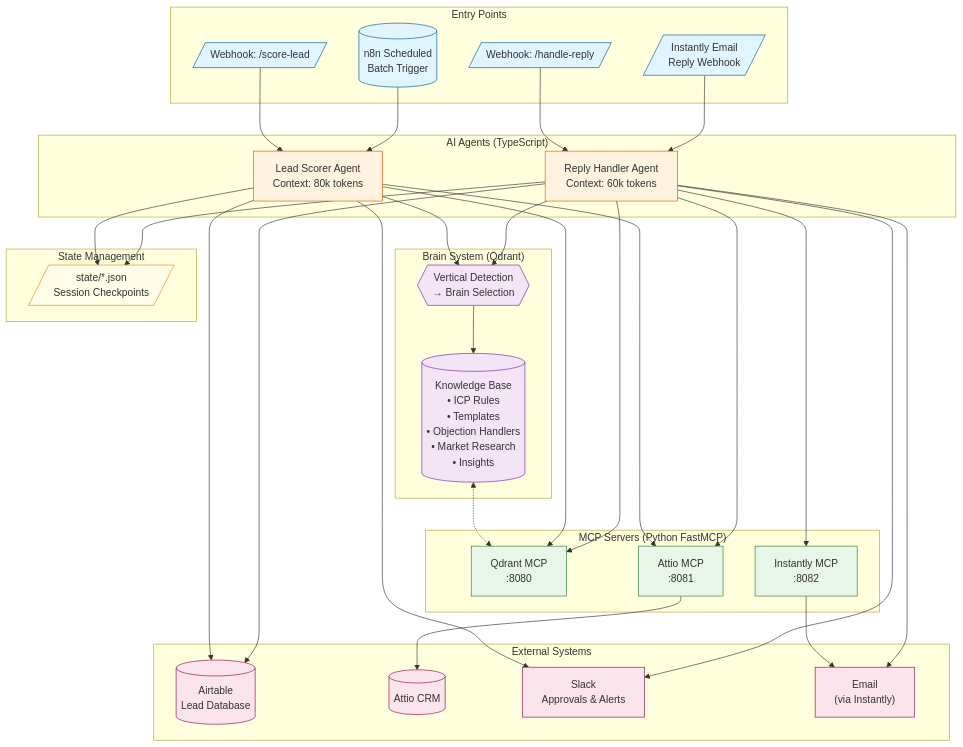
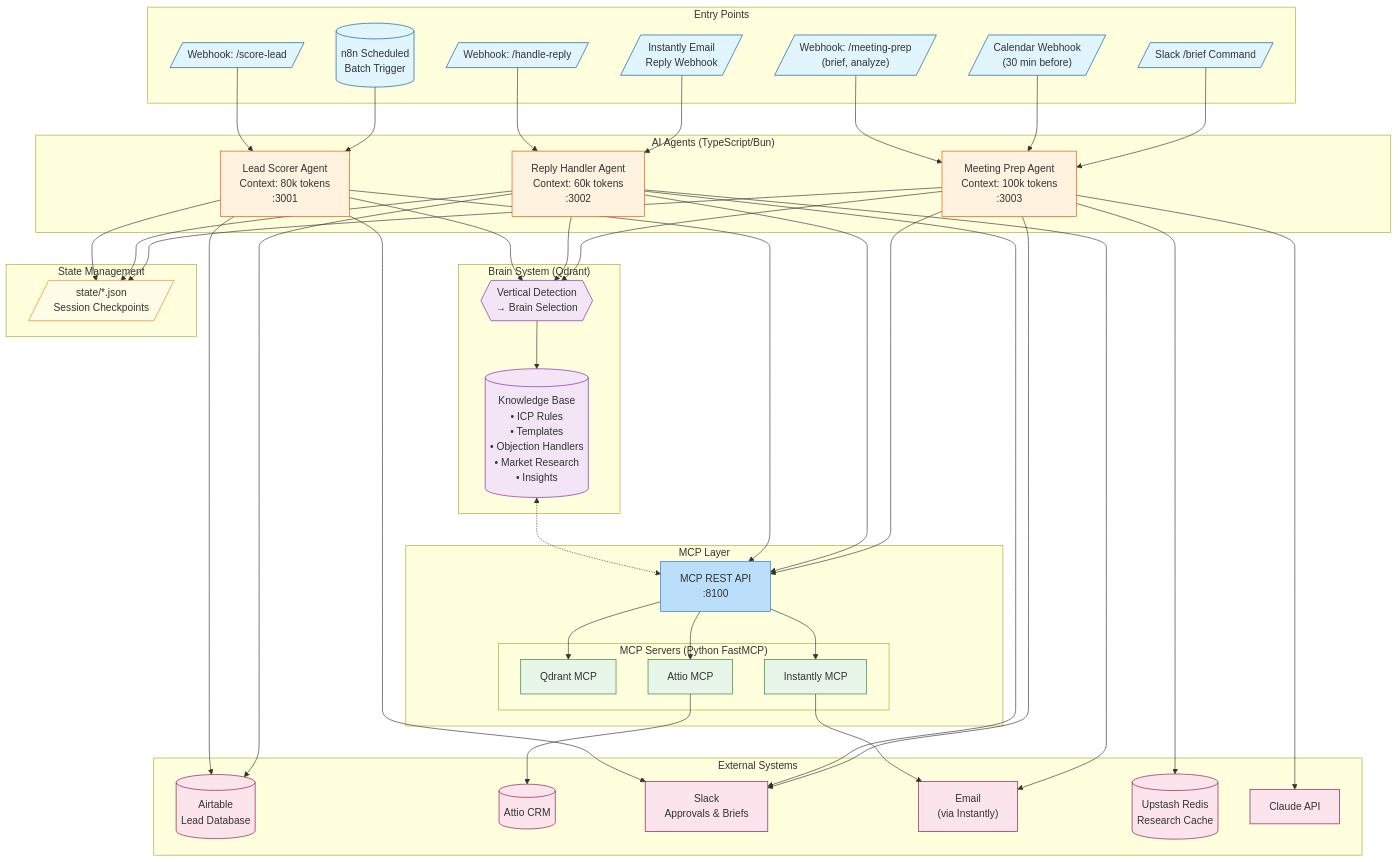
Before and after one commit to Fato07/atlas-gtm: the first of 14 diagrams in docs/architecture/data-flow.md, drawn with Mermaid. The commit also changed other lines of this file and 10 other files, not shown here.

First line of the commit message:
docs: Update data flow architecture with Meeting Prep Agent

````diff
--- a/docs/architecture/data-flow.md
+++ b/docs/architecture/data-flow.md
@@ -72,13 +75,17 @@
     subgraph Entry["Entry Points"]
         WH_LS[/"Webhook: /score-lead"/]
         WH_RH[/"Webhook: /handle-reply"/]
+        WH_MP[/"Webhook: /meeting-prep<br/>(brief, analyze)"/]
+        CAL_WH[/"Calendar Webhook<br/>(30 min before)"/]
+        SLACK_CMD[/"Slack /brief Command"/]
         N8N_SCHED[("n8n Scheduled<br/>Batch Trigger")]
         INSTANTLY[/"Instantly Email<br/>Reply Webhook"/]
     end
 
-    subgraph Agents["AI Agents (TypeScript)"]
-        LS["Lead Scorer Agent<br/>Context: 80k tokens"]
-        RH["Reply Handler Agent<br/>Context: 60k tokens"]
+    subgraph Agents["AI Agents (TypeScript/Bun)"]
+        LS["Lead Scorer Agent<br/>Context: 80k tokens<br/>:3001"]
+        RH["Reply Handler Agent<br/>Context: 60k tokens<br/>:3002"]
+        MP["Meeting Prep Agent<br/>Context: 100k tokens<br/>:3003"]
     end
 
     subgraph Brain["Brain System (Qdrant)"]
@@ -86,17 +93,22 @@
         KB[("Knowledge Base<br/>• ICP Rules<br/>• Templates<br/>• Objection Handlers<br/>• Market Research<br/>• Insights")]
     end
 
-    subgraph MCP["MCP Servers (Python FastMCP)"]
-        QDRANT_MCP["Qdrant MCP<br/>:8080"]
-        ATTIO_MCP["Attio MCP<br/>:8081"]
-        INSTANTLY_MCP["Instantly MCP<br/>:8082"]
+    subgraph MCPLayer["MCP Layer"]
+        MCP_REST["MCP REST API<br/>:8100"]
+        subgraph MCP["MCP Servers (Python FastMCP)"]
+            QDRANT_MCP["Qdrant MCP"]
+            ATTIO_MCP["Attio MCP"]
+            INSTANTLY_MCP["Instantly MCP"]
+        end
     end
 
     subgraph External["External Systems"]
         AIRTABLE[("Airtable<br/>Lead Database")]
         ATTIO[("Attio CRM")]
-        SLACK["Slack<br/>Approvals & Alerts"]
+        SLACK["Slack<br/>Approvals & Briefs"]
         EMAIL["Email<br/>(via Instantly)"]
+        REDIS[("Upstash Redis<br/>Research Cache")]
+        CLAUDE["Claude API"]
     end
 
     subgraph State["State Management"]
@@ -108,36 +120,45 @@
     N8N_SCHED --> LS
     WH_RH --> RH
     INSTANTLY --> RH
+    WH_MP --> MP
+    CAL_WH --> MP
+    SLACK_CMD --> MP
 
     %% Agent to Brain
     LS --> BRAIN_SEL
     RH --> BRAIN_SEL
+    MP --> BRAIN_SEL
     BRAIN_SEL --> KB
 
-    %% KB queries via MCP
-    KB <-.-> QDRANT_MCP
+    %% KB queries via MCP REST
+    KB <-.-> MCP_REST
+    MCP_REST --> QDRANT_MCP
+    MCP_REST --> ATTIO_MCP
+    MCP_REST --> INSTANTLY_MCP
 
-    %% Agent to MCP
-    LS --> QDRANT_MCP
-    LS --> ATTIO_MCP
-    RH --> QDRANT_MCP
-    RH --> ATTIO_MCP
-    RH --> INSTANTLY_MCP
+    %% Agent to MCP REST
+    LS --> MCP_REST
+    RH --> MCP_REST
+    MP --> MCP_REST
 
     %% MCP to External
     ATTIO_MCP --> ATTIO
     INSTANTLY_MCP --> EMAIL
 
-    %% Agent to External (via n8n)
+    %% Agent to External (direct)
     LS --> AIRTABLE
     LS --> SLACK
     RH --> AIRTABLE
     RH --> SLACK
     RH --> EMAIL
+    MP --> SLACK
+    MP --> REDIS
+    MP --> CLAUDE
 
     %% State persistence
     LS --> STATE_FILE
     RH --> STATE_FILE
+    MP --> STATE_FILE
 
     %% Styling
     classDef entry fill:#e1f5fe,stroke:#01579b
@@ -146,11 +167,13 @@
     classDef mcp fill:#e8f5e9,stroke:#2e7d32
     classDef external fill:#fce4ec,stroke:#880e4f
     classDef state fill:#fffde7,stroke:#f57f17
+    classDef rest fill:#bbdefb,stroke:#1976d2
 
-    class WH_LS,WH_RH,N8N_SCHED,INSTANTLY entry
-    class LS,RH agent
+    class WH_LS,WH_RH,WH_MP,CAL_WH,SLACK_CMD,N8N_SCHED,INSTANTLY entry
+    class LS,RH,MP agent
     class BRAIN_SEL,KB brain
     class QDRANT_MCP,ATTIO_MCP,INSTANTLY_MCP mcp
-    class AIRTABLE,ATTIO,SLACK,EMAIL external
+    class MCP_REST rest
+    class AIRTABLE,ATTIO,SLACK,EMAIL,REDIS,CLAUDE external
     class STATE_FILE state
 ```
````
